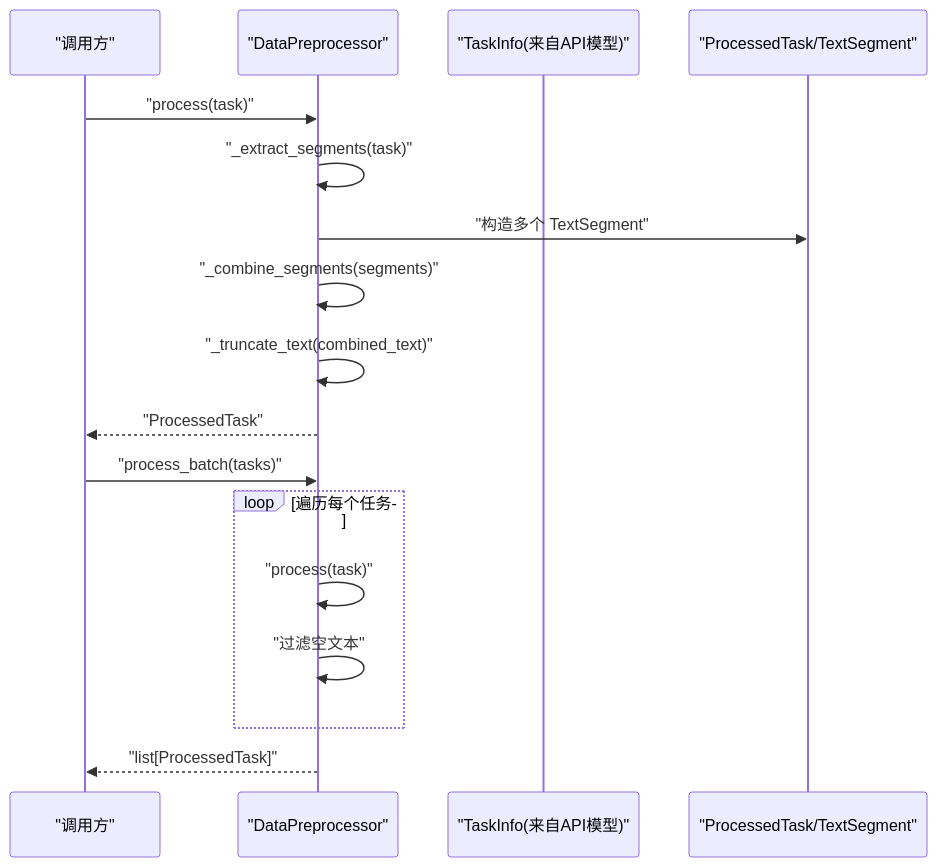
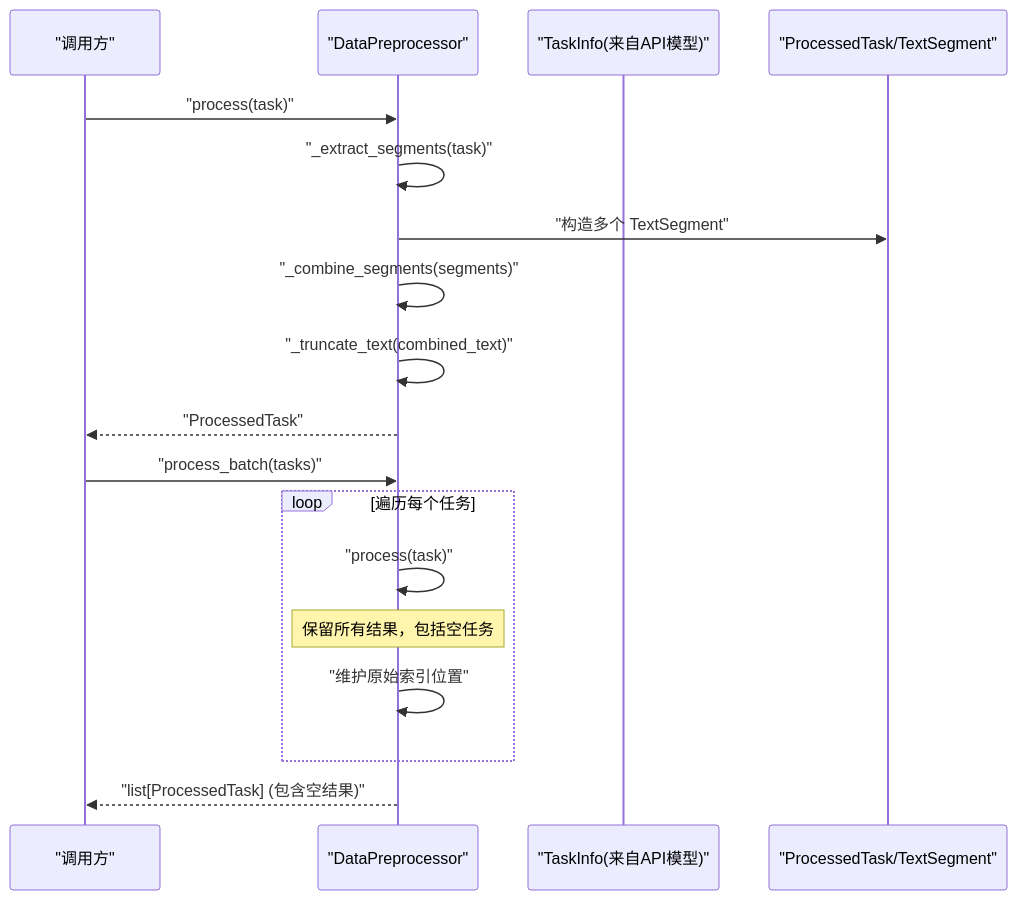
The second of 5 diagrams in .qoder/repowiki/zh/content/核心架构/核心组件/数据预处理模块.md (boyingliu01/fault-review-analyzer), drawn with Mermaid before and after one commit. The commit also changed other lines of this file and 125 other files, not shown here.

````diff
--- a/.qoder/repowiki/zh/content/核心架构/核心组件/数据预处理模块.md
+++ b/.qoder/repowiki/zh/content/核心架构/核心组件/数据预处理模块.md
@@ -87,19 +99,20 @@
 ```mermaid
 sequenceDiagram
 participant Caller as "调用方"
 participant Pre as "DataPreprocessor"
 participant API as "TaskInfo(来自API模型)"
 participant Model as "ProcessedTask/TextSegment"
 Caller->>Pre : "process(task)"
 Pre->>Pre : "_extract_segments(task)"
 Pre->>Model : "构造多个 TextSegment"
 Pre->>Pre : "_combine_segments(segments)"
 Pre->>Pre : "_truncate_text(combined_text)"
 Pre-->>Caller : "ProcessedTask"
 Caller->>Pre : "process_batch(tasks)"
 loop 遍历每个任务
 Pre->>Pre : "process(task)"
-Pre->>Pre : "过滤空文本"
+Note over Pre : 保留所有结果，包括空任务
+Pre->>Pre : "维护原始索引位置"
 end
-Pre-->>Caller : "list[ProcessedTask]"
+Pre-->>Caller : "list[ProcessedTask] (包含空结果)"
 ```
````
